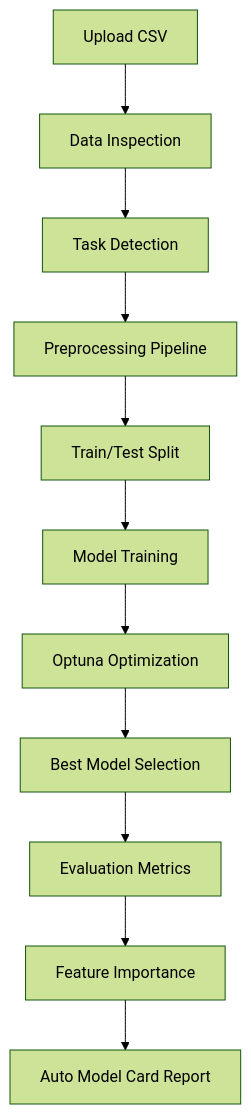
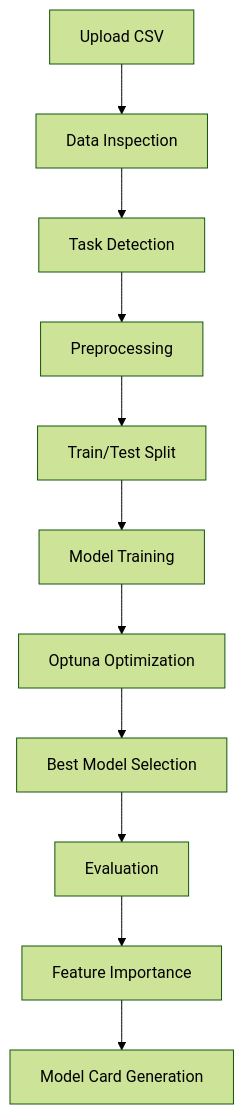
The diagram in README.md (webpagesbypatel/Auto-ML-agent), drawn with Mermaid (forest theme) before and after one commit. The commit also changed other lines of this file, not shown here.

````diff
--- a/README.md
+++ b/README.md
@@ -48,13 +34,13 @@
 ```mermaid
 flowchart TD
     A[Upload CSV] --> B[Data Inspection]
     B --> C[Task Detection]
-    C --> D[Preprocessing Pipeline]
+    C --> D[Preprocessing]
     D --> E[Train/Test Split]
     E --> F[Model Training]
     F --> G[Optuna Optimization]
     G --> H[Best Model Selection]
-    H --> I[Evaluation Metrics]
+    H --> I[Evaluation]
     I --> J[Feature Importance]
-    J --> K[Auto Model Card Report]
+    J --> K[Model Card Generation]
 ```
````
